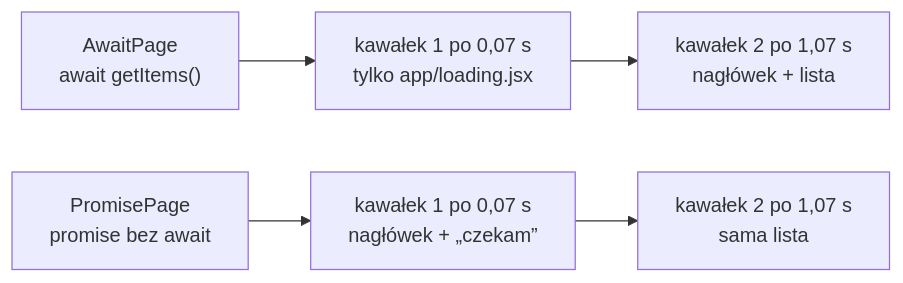
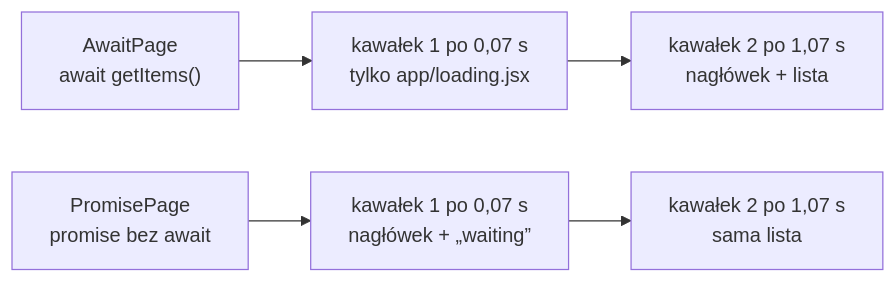
Before and after one commit to mmiotk/frontend-development-ug: the diagram in lecture05/slides/slide_05_promise-z-serwera.md, drawn with Mermaid. The commit also changed other lines of this file and 27 other files, not shown here.

````diff
--- a/lecture05/slides/slide_05_promise-z-serwera.md
+++ b/lecture05/slides/slide_05_promise-z-serwera.md
@@ -203,8 +192,8 @@
 ```mermaid
 %%{init: {"flowchart": {"wrappingWidth": 360}}}%%
 flowchart LR
     A1["AwaitPage<br/>await getItems()"] --> A2["kawałek 1 po 0,07 s<br/>tylko app/loading.jsx"]
     A2 --> A3["kawałek 2 po 1,07 s<br/>nagłówek + lista"]
-    P1["PromisePage<br/>promise bez await"] --> P2["kawałek 1 po 0,07 s<br/>nagłówek + „czekam”"]
+    P1["PromisePage<br/>promise bez await"] --> P2["kawałek 1 po 0,07 s<br/>nagłówek + „waiting”"]
     P2 --> P3["kawałek 2 po 1,07 s<br/>sama lista"]
 ```
````
